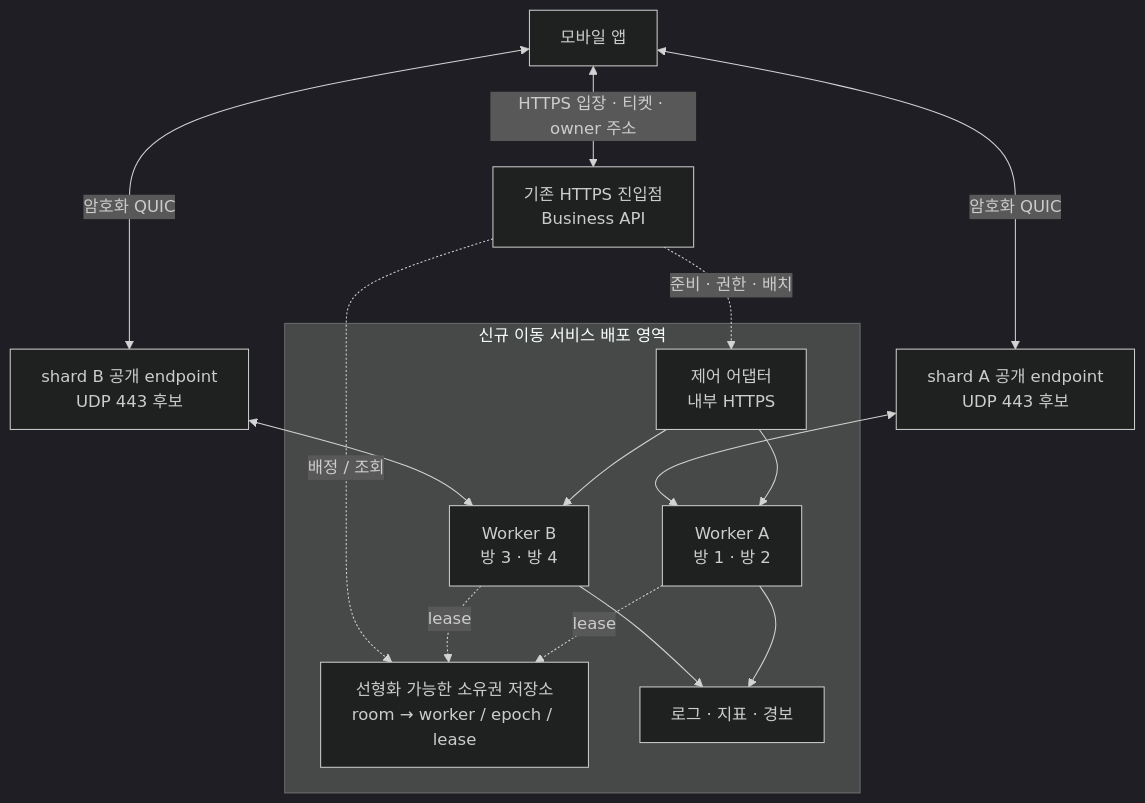
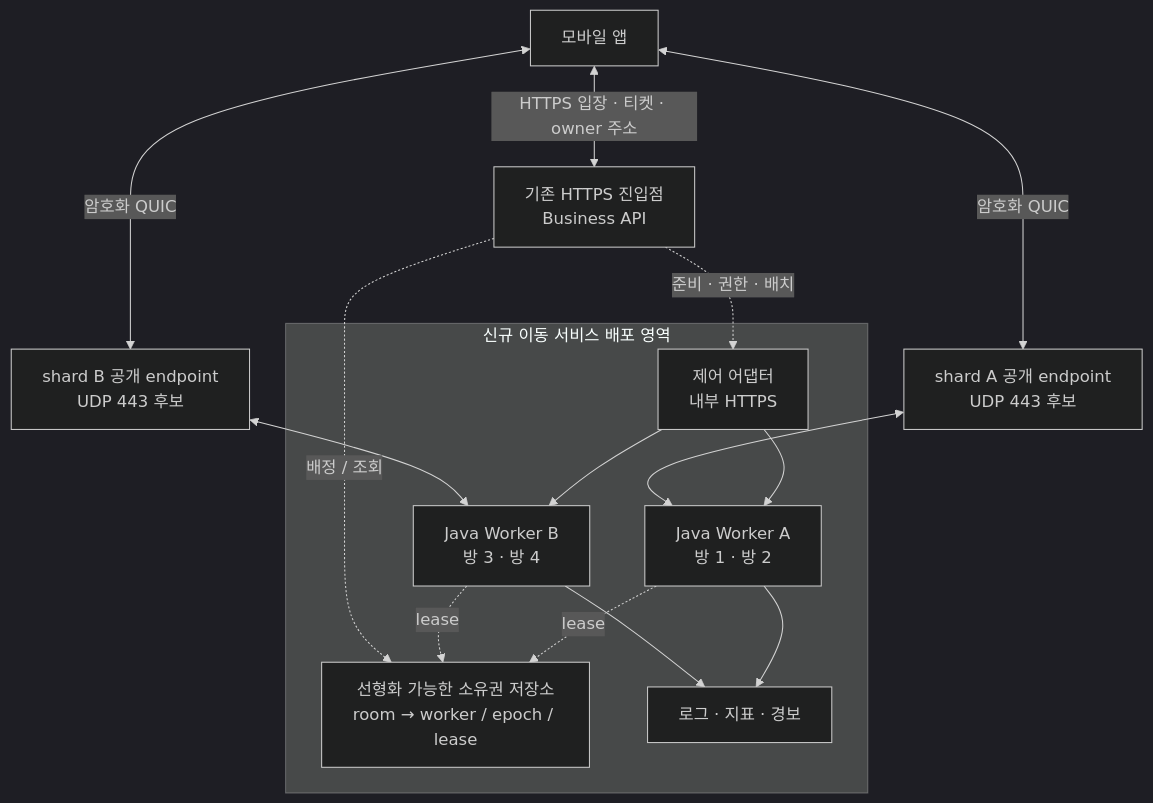
Before and after one commit to OneOrThree/phone: the diagram in docs/prd/fishcat/island-movement/diagrams/02-deployment.mmd, drawn with Mermaid (dark theme). The commit also changed 11 other files, not shown here.

```diff
--- a/docs/prd/fishcat/island-movement/diagrams/02-deployment.mmd
+++ b/docs/prd/fishcat/island-movement/diagrams/02-deployment.mmd
@@ -1,25 +1,25 @@
 flowchart TB
   App[모바일 앱]
   API[기존 HTTPS 진입점<br/>Business API]
   subgraph internal[신규 이동 서비스 배포 영역]
     Control[제어 어댑터<br/>내부 HTTPS]
     Directory[선형화 가능한 소유권 저장소<br/>room → worker / epoch / lease]
-    A[Worker A<br/>방 1 · 방 2]
-    B[Worker B<br/>방 3 · 방 4]
+    A[Java Worker A<br/>방 1 · 방 2]
+    B[Java Worker B<br/>방 3 · 방 4]
     Metrics[로그 · 지표 · 경보]
     Control --> A
     Control --> B
     A -. lease .-> Directory
     B -. lease .-> Directory
     A --> Metrics
     B --> Metrics
   end
   UDP_A[shard A 공개 endpoint<br/>UDP 443 후보]
   UDP_B[shard B 공개 endpoint<br/>UDP 443 후보]
   App <-->|HTTPS 입장 · 티켓 · owner 주소| API
   API -. 준비 · 권한 · 배치 .-> Control
   API -. 배정 / 조회 .-> Directory
   App <-->|암호화 QUIC| UDP_A
   App <-->|암호화 QUIC| UDP_B
   UDP_A <--> A
   UDP_B <--> B
```
